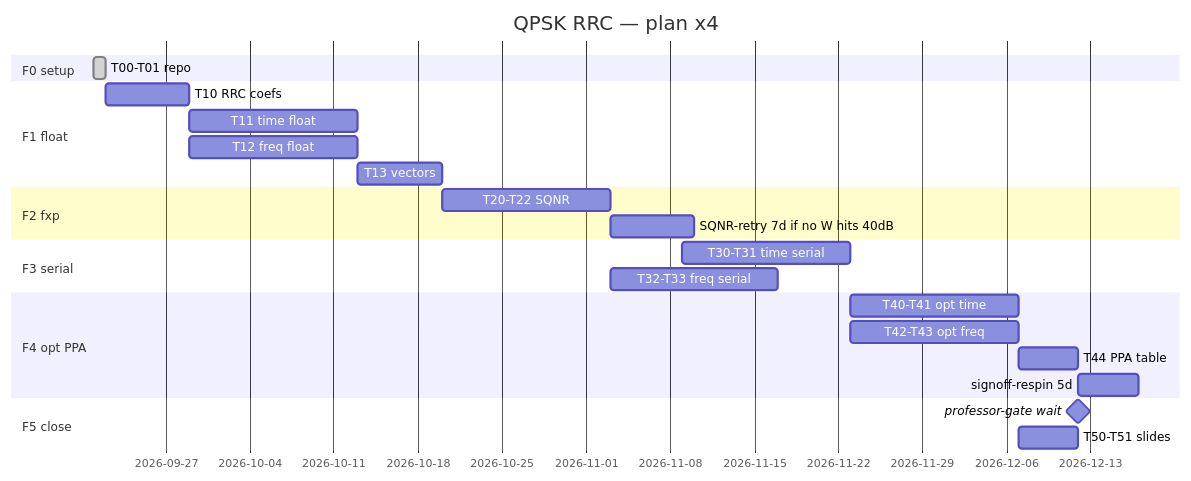
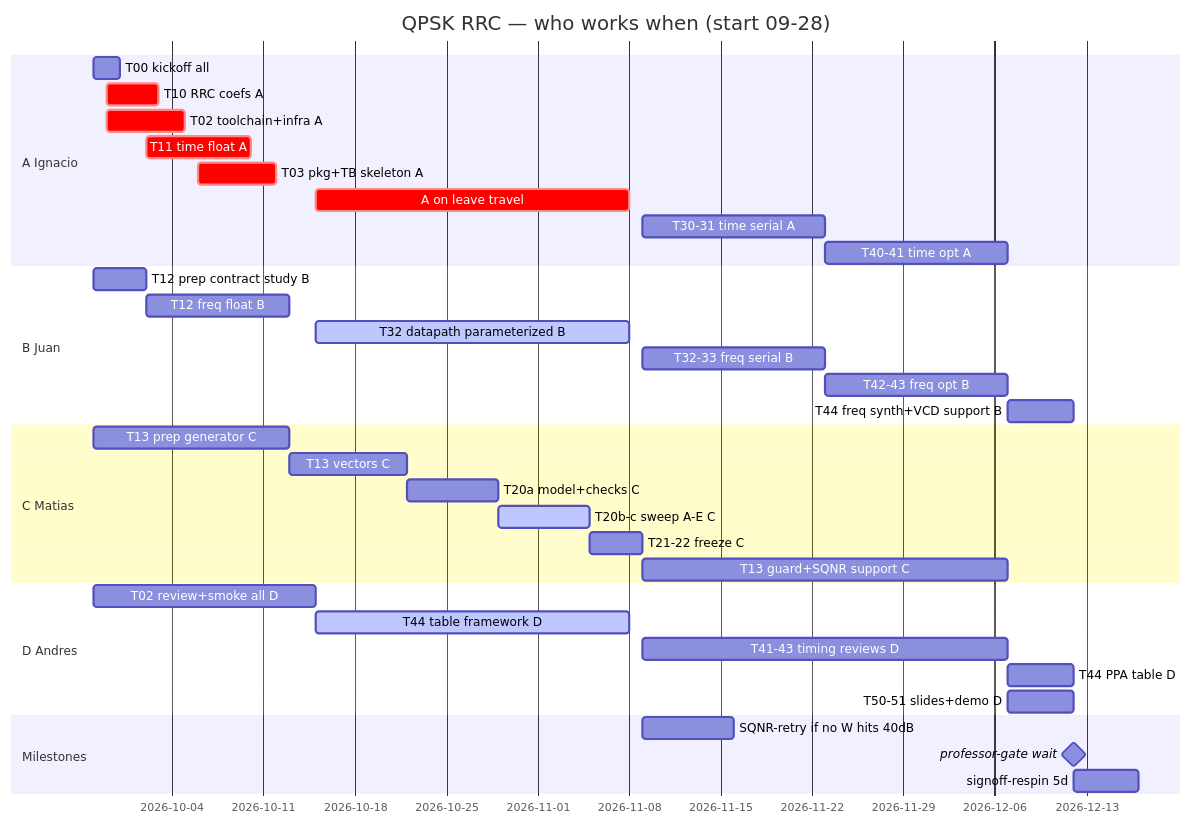
One commit to iledesma08/qpsk-rrc-filter-time-frequency changed the second of 2 diagrams in docs/plan-gantt.md. Above: the diagram before and after it, drawn with Mermaid. The commit also changed other lines of this file, not shown here.

First line of the commit message:
docs(plan): by-person Gantt from Sep28 with pre-travel front-load

````diff
--- a/docs/plan-gantt.md
+++ b/docs/plan-gantt.md
@@ -126,26 +134,38 @@
 ```mermaid
 gantt
-  title QPSK RRC — plan x4
+  title QPSK RRC — who works when (start 09-28)
   dateFormat YYYY-MM-DD
-  section F0 setup
-  T00-T01 repo          :done, 2026-09-21, 1d
-  section F1 float
-  T10 RRC coefs         :2026-09-22, 7d
-  T11 time float        :2026-09-29, 14d
-  T12 freq float        :2026-09-29, 14d
-  T13 vectors           :2026-10-13, 7d
-  section F2 fxp
-  T20-T22 SQNR          :2026-10-20, 14d
-  SQNR-retry 7d if no W hits 40dB :2026-11-03, 7d
-  section F3 serial
-  T30-T31 time serial   :2026-11-09, 14d
-  T32-T33 freq serial   :2026-11-03, 14d
-  section F4 opt PPA
-  T40-T41 opt time      :2026-11-23, 14d
-  T42-T43 opt freq      :2026-11-23, 14d
-  T44 PPA table         :2026-12-07, 5d
-  signoff-respin 5d     :2026-12-12, 5d
-  section F5 close
-  professor-gate wait   :milestone, 2026-12-12, 0d
-  T50-T51 slides        :2026-12-07, 5d
+  section A Ignacio
+  T00 kickoff all           :2026-09-28, 2d
+  T10 RRC coefs A           :crit, 2026-09-29, 4d
+  T02 toolchain+infra A     :crit, 2026-09-29, 6d
+  T11 time float A          :crit, 2026-10-02, 8d
+  T03 pkg+TB skeleton A     :crit, 2026-10-06, 6d
+  A on leave travel           :crit, 2026-10-15, 24d
+  T30-31 time serial A      :2026-11-09, 14d
+  T40-41 time opt A         :2026-11-23, 14d
+  section B Juan
+  T12 prep contract study B   :2026-09-28, 4d
+  T12 freq float B          :2026-10-02, 11d
+  T32 datapath parameterized B :active, 2026-10-15, 24d
+  T32-33 freq serial B      :2026-11-09, 14d
+  T42-43 freq opt B         :2026-11-23, 14d
+  T44 freq synth+VCD support B :2026-12-07, 5d
+  section C Matias
+  T13 prep generator C      :2026-09-28, 15d
+  T13 vectors C             :2026-10-13, 9d
+  T20a model+checks C       :2026-10-22, 7d
+  T20b-c sweep A-E C        :active, 2026-10-29, 7d
+  T21-22 freeze C           :2026-11-05, 4d
+  T13 guard+SQNR support C  :2026-11-09, 28d
+  section D Andres
+  T02 review+smoke all D    :2026-09-28, 17d
+  T44 table framework D       :active, 2026-10-15, 24d
+  T41-43 timing reviews D   :2026-11-09, 28d
+  T44 PPA table D           :2026-12-07, 5d
+  T50-51 slides+demo D      :2026-12-07, 5d
+  section Milestones
+  SQNR-retry if no W hits 40dB :2026-11-09, 7d
+  professor-gate wait       :milestone, 2026-12-12, 0d
+  signoff-respin 5d         :2026-12-12, 5d
 ```
````
